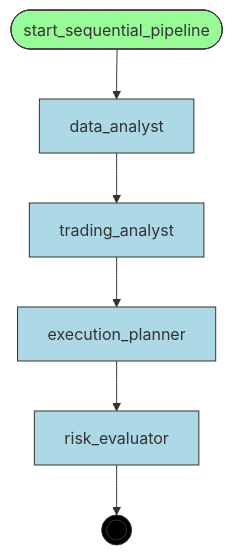
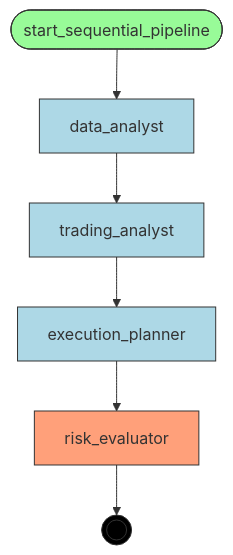
The diagram in examples/flows/agentic/compiled/sequential_pipeline/flow.mmd (deliveryhero/asya), drawn with Mermaid before and after one commit. The commit also changed 364 other files, not shown here.

First line of the commit message:
feat(compiler): Phase 2 — 5-step pipeline with manifest generation and FlowInfo (#339)

```diff
--- a/examples/flows/agentic/compiled/sequential_pipeline/flow.mmd
+++ b/examples/flows/agentic/compiled/sequential_pipeline/flow.mmd
@@ -1,23 +1,25 @@
 flowchart TD
     %% Flow: sequential_pipeline
 
     data_analyst[data_analyst]
     execution_planner[execution_planner]
     risk_evaluator[risk_evaluator]
     start_sequential_pipeline([start_sequential_pipeline])
     trading_analyst[trading_analyst]
     __end__((( )))
 
     start_sequential_pipeline --> data_analyst
     data_analyst --> trading_analyst
     trading_analyst --> execution_planner
     execution_planner --> risk_evaluator
     risk_evaluator --> __end__
 
-    classDef entrypoint fill:#98FB98,stroke:#333
+    classDef start fill:#98FB98,stroke:#333
+    classDef endnode fill:#FFA07A,stroke:#333
     classDef router fill:#F5DEB3,stroke:#333
     classDef handler fill:#ADD8E6,stroke:#333
     classDef endpoint fill:#000,stroke:#333,color:#fff
-    class start_sequential_pipeline entrypoint
-    class data_analyst,execution_planner,risk_evaluator,trading_analyst handler
+    class start_sequential_pipeline start
+    class risk_evaluator endnode
+    class data_analyst,execution_planner,trading_analyst handler
     class __end__ endpoint
```
